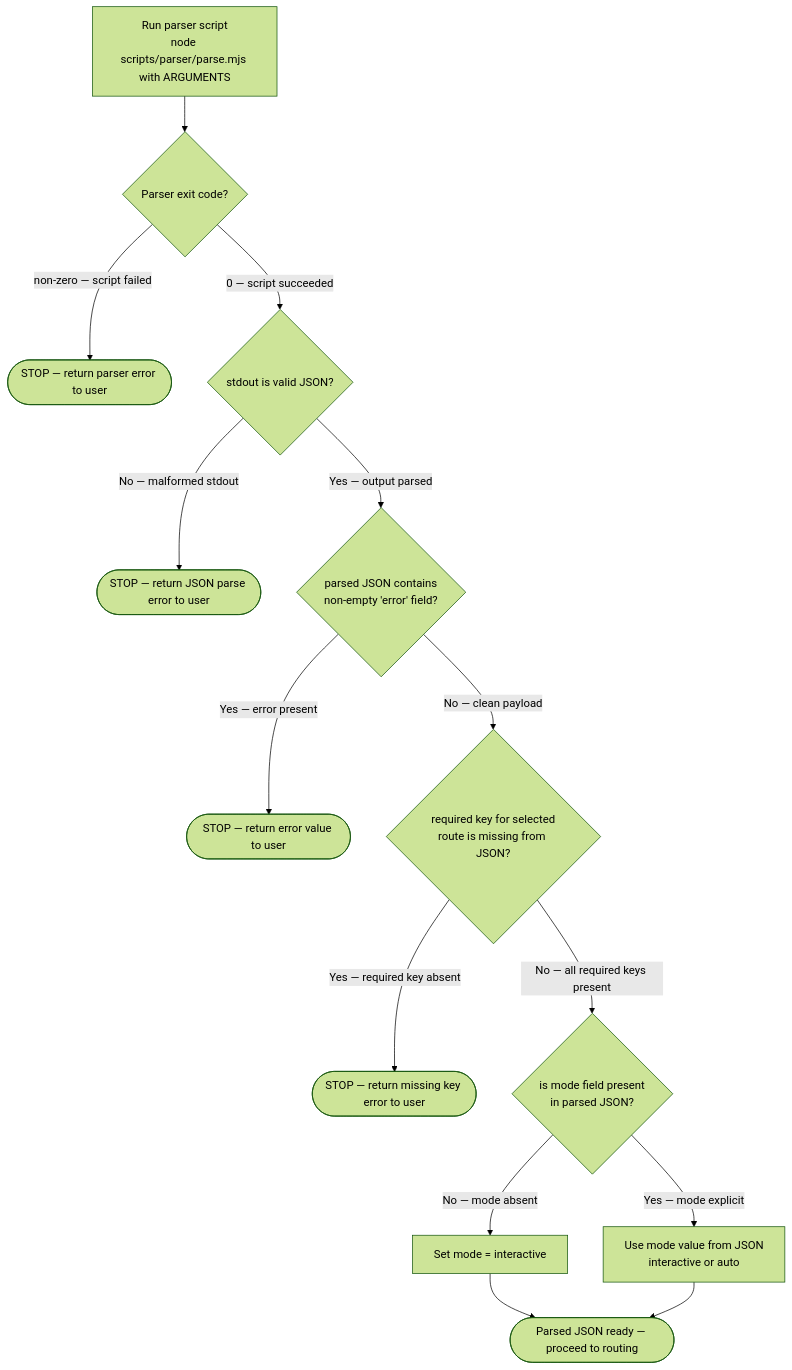
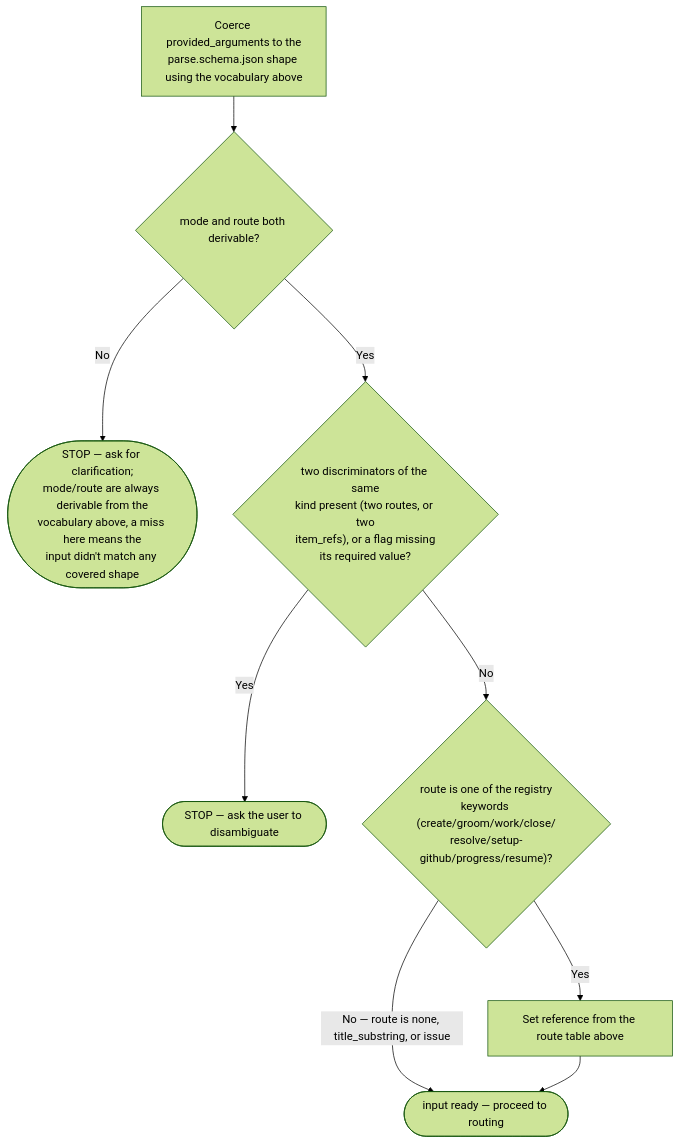
The first of 3 diagrams in plugins/development-harness/skills/work-backlog-item/SKILL.md (Jamie-BitFlight/claude_skills), drawn with Mermaid (forest theme) before and after one commit. The commit also changed other lines of this file, not shown here.

````diff
--- a/plugins/development-harness/skills/work-backlog-item/SKILL.md
+++ b/plugins/development-harness/skills/work-backlog-item/SKILL.md
@@ -35,17 +62,12 @@
 ```mermaid
 flowchart TD
-    %% Run before any routing — parser normalizes all argument forms into structured JSON
-    Parse["Run parser script<br>node scripts/parser/parse.mjs with ARGUMENTS"] --> ExitCheck{"Parser exit code?"}
-    ExitCheck -->|"non-zero — script failed"| ErrExit(["STOP — return parser error to user"])
-    ExitCheck -->|"0 — script succeeded"| JsonCheck{"stdout is valid JSON?"}
-    JsonCheck -->|"No — malformed stdout"| ErrJson(["STOP — return JSON parse error to user"])
-    JsonCheck -->|"Yes — output parsed"| ErrField{"parsed JSON contains<br>non-empty 'error' field?"}
-    ErrField -->|"Yes — error present"| ErrVal(["STOP — return error value to user"])
-    ErrField -->|"No — clean payload"| KeyCheck{"required key for selected<br>route is missing from JSON?"}
-    KeyCheck -->|"Yes — required key absent"| ErrKey(["STOP — return missing key error to user"])
-    KeyCheck -->|"No — all required keys present"| ModeSet{"is mode field present<br>in parsed JSON?"}
-    ModeSet -->|"No — mode absent"| DefaultMode["Set mode = interactive"]
-    ModeSet -->|"Yes — mode explicit"| UseMode["Use mode value from JSON<br>interactive or auto"]
-    DefaultMode --> Ready(["Parsed JSON ready — proceed to routing"])
-    UseMode --> Ready
+    %% No subprocess, no shell — coerce provided_arguments directly against the vocabulary above.
+    Coerce["Coerce provided_arguments to the<br>parse.schema.json shape using the vocabulary above"] --> ReqCheck{"mode and route both derivable?"}
+    ReqCheck -->|"No"| ErrReq(["STOP — ask for clarification;<br>mode/route are always derivable from the<br>vocabulary above, a miss here means the<br>input didn't match any covered shape"])
+    ReqCheck -->|"Yes"| ConflictCheck{"two discriminators of the same<br>kind present (two routes, or two<br>item_refs), or a flag missing<br>its required value?"}
+    ConflictCheck -->|"Yes"| ErrConflict(["STOP — ask the user to disambiguate"])
+    ConflictCheck -->|"No"| RouteCheck{"route is one of the registry<br>keywords (create/groom/work/close/<br>resolve/setup-github/progress/resume)?"}
+    RouteCheck -->|"No — route is none, title_substring, or issue"| Ready(["input ready — proceed to routing"])
+    RouteCheck -->|"Yes"| RefLookup["Set reference from the route table above"]
+    RefLookup --> Ready
 ```
````
